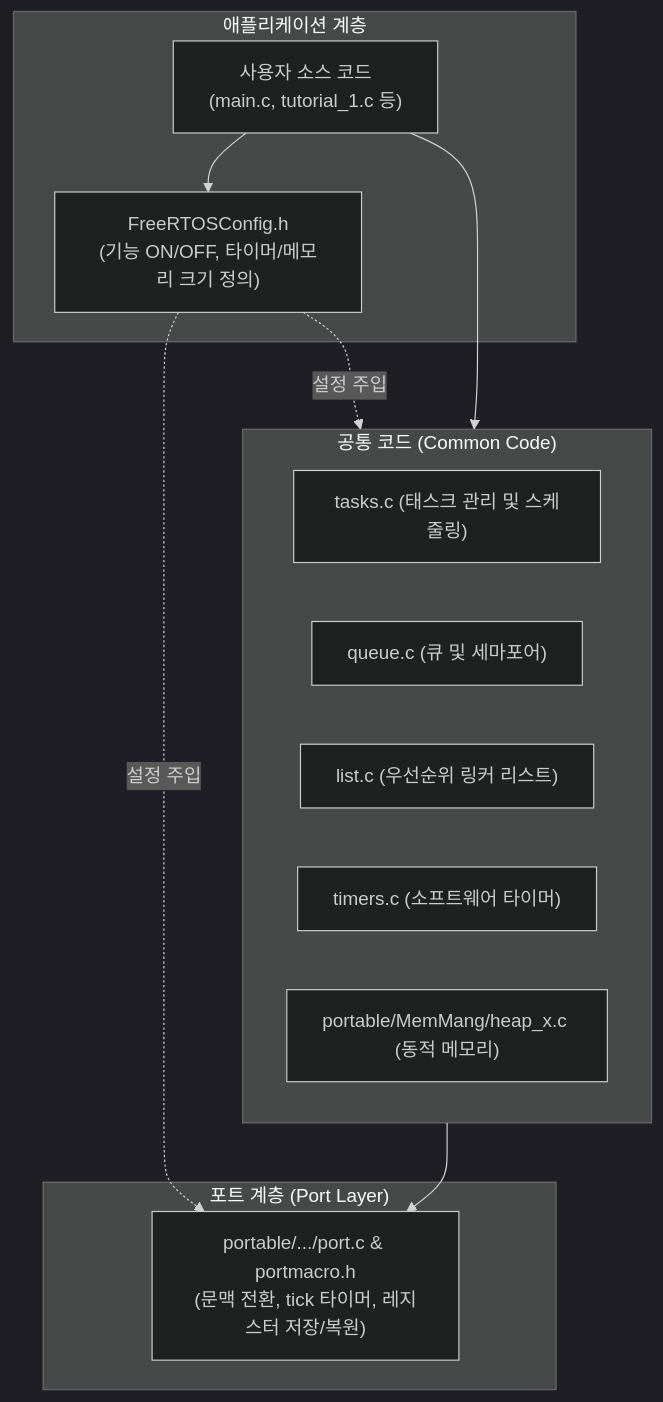
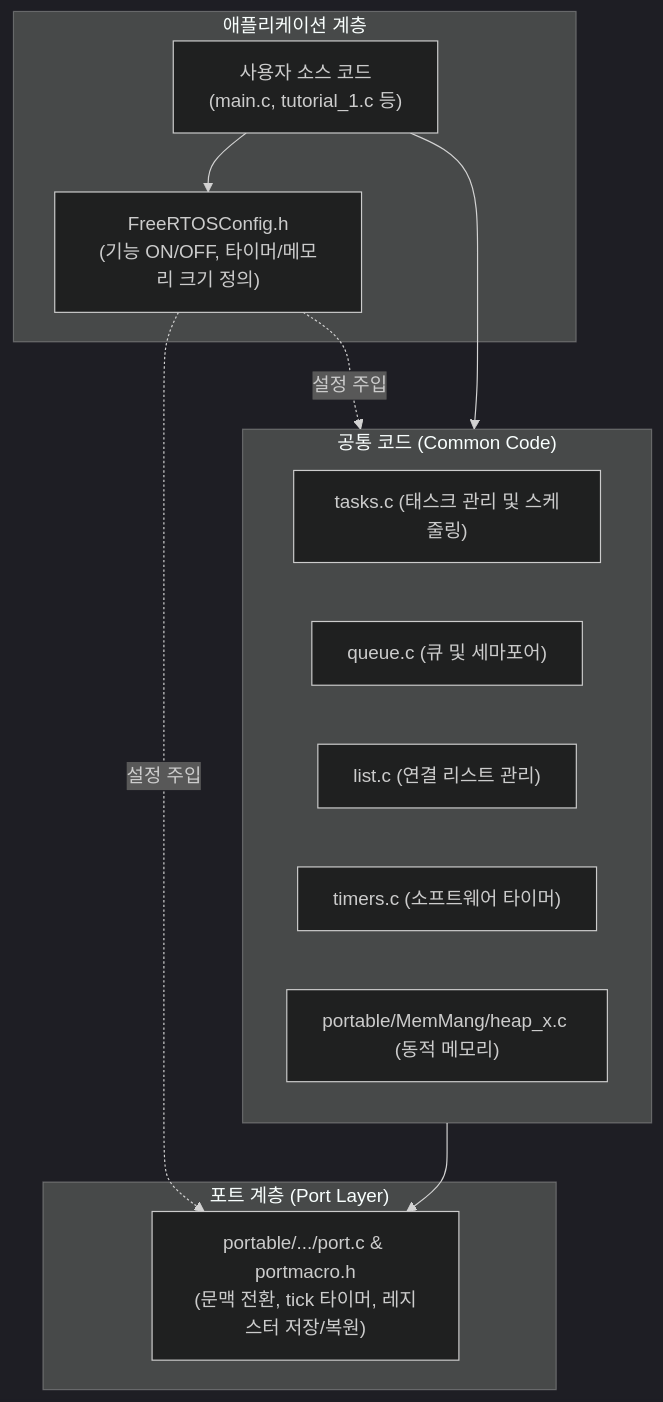
The first of 2 diagrams in ko/guides/tutorial_1.md (yunju-baek/FreeRTOS-Tutorials-ko), drawn with Mermaid (dark theme) before and after one commit. The commit also changed other lines of this file and 37 other files, not shown here.

````diff
--- a/ko/guides/tutorial_1.md
+++ b/ko/guides/tutorial_1.md
@@ -37,25 +41,25 @@
 ```mermaid
 flowchart TD
     subgraph App["애플리케이션 계층"]
         CFG["FreeRTOSConfig.h<br/>(기능 ON/OFF, 타이머/메모리 크기 정의)"]
         SRC["사용자 소스 코드<br/>(main.c, tutorial_1.c 등)"]
     end
 
     subgraph KernelCommon["공통 코드 (Common Code)"]
         TASKS["tasks.c (태스크 관리 및 스케줄링)"]
         QUEUE["queue.c (큐 및 세마포어)"]
-        LIST["list.c (우선순위 링커 리스트)"]
+        LIST["list.c (연결 리스트 관리)"]
         TIMERS["timers.c (소프트웨어 타이머)"]
         MEM["portable/MemMang/heap_x.c (동적 메모리)"]
     end
 
     subgraph PortLayer["포트 계층 (Port Layer)"]
         PORT["portable/.../port.c & portmacro.h<br/>(문맥 전환, tick 타이머, 레지스터 저장/복원)"]
     end
 
     SRC --> CFG
     SRC --> KernelCommon
     KernelCommon --> PORT
     CFG -.설정 주입.-> KernelCommon
     CFG -.설정 주입.-> PORT
 ```
````
